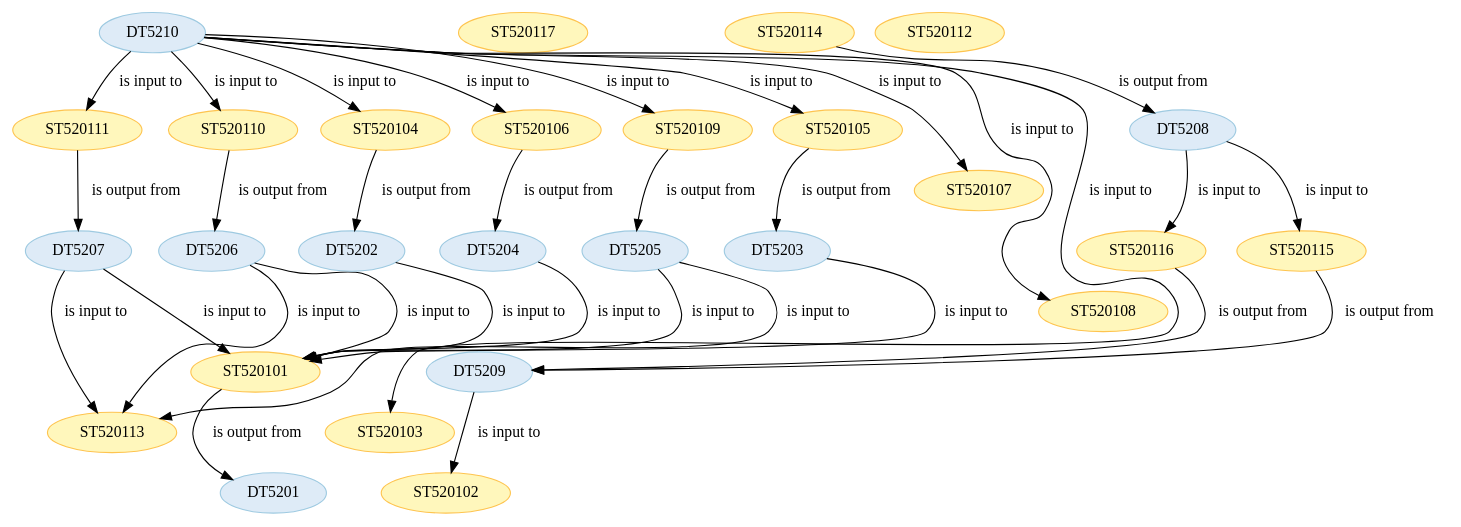
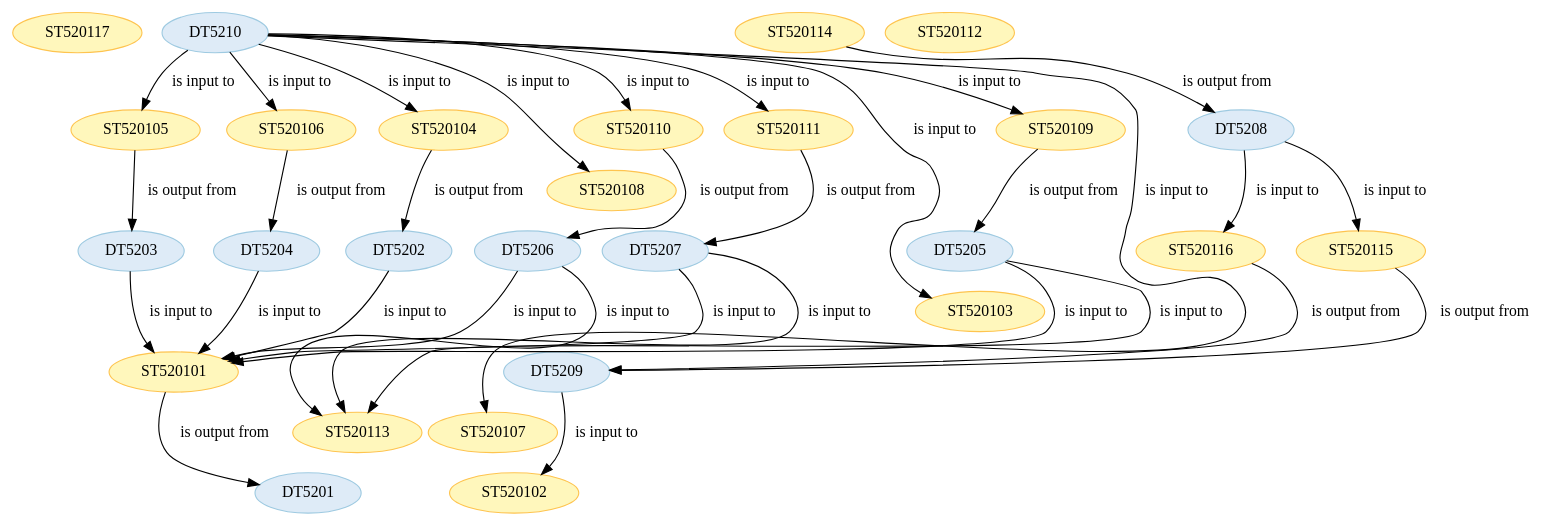
The diagram in wf5201/steps.dot (Marco-Salvi/cwl-test), drawn with Graphviz before and after one commit. The commit also changed other lines of this file and 19 other files, not shown here.

```diff
--- a/wf5201/steps.dot
+++ b/wf5201/steps.dot
@@ -1,120 +1,120 @@
 strict digraph {
 
+
+	"ST520117" [ color="2", colorscheme="ylorbr3", fillcolor="1", style="filled",  weight=0 ];
+
+	"ST520101" [ color="2", colorscheme="ylorbr3", fillcolor="1", style="filled",  weight=0 ];
+
+	"ST520101" -> "DT5201" [ label="is output from", labeltooltip="DT5201 - is output from - ST520101",  weight=0 ];
+
+	"DT5209" [ color="2", colorscheme="blues3", fillcolor="1", style="filled",  weight=0 ];
+
+	"DT5209" -> "ST520102" [ label="is input to", labeltooltip="DT5209 - is input to - ST520102",  weight=0 ];
+
+	"DT5206" [ color="2", colorscheme="blues3", fillcolor="1", style="filled",  weight=0 ];
+
+	"DT5206" -> "ST520113" [ label="is input to", labeltooltip="DT5206 - is input to - ST520113",  weight=0 ];
+
+	"DT5206" -> "ST520101" [ label="is input to", labeltooltip="DT5206 - is input to - ST520101",  weight=0 ];
+
+	"DT5210" [ color="2", colorscheme="blues3", fillcolor="1", style="filled",  weight=0 ];
+
+	"DT5210" -> "ST520104" [ label="is input to", labeltooltip="DT5210 - is input to - ST520104",  weight=0 ];
+
+	"DT5210" -> "ST520105" [ label="is input to", labeltooltip="DT5210 - is input to - ST520105",  weight=0 ];
+
+	"DT5210" -> "ST520111" [ label="is input to", labeltooltip="DT5210 - is input to - ST520111",  weight=0 ];
+
+	"DT5210" -> "ST520108" [ label="is input to", labeltooltip="DT5210 - is input to - ST520108",  weight=0 ];
+
+	"DT5210" -> "ST520109" [ label="is input to", labeltooltip="DT5210 - is input to - ST520109",  weight=0 ];
+
+	"DT5210" -> "ST520103" [ label="is input to", labeltooltip="DT5210 - is input to - ST520103",  weight=0 ];
+
+	"DT5210" -> "ST520106" [ label="is input to", labeltooltip="DT5210 - is input to - ST520106",  weight=0 ];
+
+	"DT5210" -> "ST520107" [ label="is input to", labeltooltip="DT5210 - is input to - ST520107",  weight=0 ];
+
+	"DT5210" -> "ST520110" [ label="is input to", labeltooltip="DT5210 - is input to - ST520110",  weight=0 ];
+
+	"ST520108" [ color="2", colorscheme="ylorbr3", fillcolor="1", style="filled",  weight=0 ];
+
+	"ST520103" [ color="2", colorscheme="ylorbr3", fillcolor="1", style="filled",  weight=0 ];
+
+	"ST520105" [ color="2", colorscheme="ylorbr3", fillcolor="1", style="filled",  weight=0 ];
+
+	"ST520105" -> "DT5203" [ label="is output from", labeltooltip="DT5203 - is output from - ST520105",  weight=0 ];
+
+	"ST520113" [ color="2", colorscheme="ylorbr3", fillcolor="1", style="filled",  weight=0 ];
+
+	"ST520107" [ color="2", colorscheme="ylorbr3", fillcolor="1", style="filled",  weight=0 ];
+
+	"DT5205" [ color="2", colorscheme="blues3", fillcolor="1", style="filled",  weight=0 ];
+
+	"DT5205" -> "ST520101" [ label="is input to", labeltooltip="DT5205 - is input to - ST520101",  weight=0 ];
+
+	"DT5205" -> "ST520113" [ label="is input to", labeltooltip="DT5205 - is input to - ST520113",  weight=0 ];
+
+	"DT5204" [ color="2", colorscheme="blues3", fillcolor="1", style="filled",  weight=0 ];
+
+	"DT5204" -> "ST520101" [ label="is input to", labeltooltip="DT5204 - is input to - ST520101",  weight=0 ];
+
+	"ST520112" [ color="2", colorscheme="ylorbr3", fillcolor="1", style="filled",  weight=0 ];
+
+	"DT5201" [ color="2", colorscheme="blues3", fillcolor="1", style="filled",  weight=0 ];
+
+	"ST520109" [ color="2", colorscheme="ylorbr3", fillcolor="1", style="filled",  weight=0 ];
+
+	"ST520109" -> "DT5205" [ label="is output from", labeltooltip="DT5205 - is output from - ST520109",  weight=0 ];
+
+	"ST520116" [ color="2", colorscheme="ylorbr3", fillcolor="1", style="filled",  weight=0 ];
+
+	"ST520116" -> "DT5209" [ label="is output from", labeltooltip="DT5209 - is output from - ST520116",  weight=0 ];
+
+	"ST520115" [ color="2", colorscheme="ylorbr3", fillcolor="1", style="filled",  weight=0 ];
+
+	"ST520115" -> "DT5209" [ label="is output from", labeltooltip="DT5209 - is output from - ST520115",  weight=0 ];
 
 	"DT5207" [ color="2", colorscheme="blues3", fillcolor="1", style="filled",  weight=0 ];
 
 	"DT5207" -> "ST520101" [ label="is input to", labeltooltip="DT5207 - is input to - ST520101",  weight=0 ];
 
 	"DT5207" -> "ST520113" [ label="is input to", labeltooltip="DT5207 - is input to - ST520113",  weight=0 ];
 
-	"ST520117" [ color="2", colorscheme="ylorbr3", fillcolor="1", style="filled",  weight=0 ];
+	"ST520104" [ color="2", colorscheme="ylorbr3", fillcolor="1", style="filled",  weight=0 ];
 
-	"DT5209" [ color="2", colorscheme="blues3", fillcolor="1", style="filled",  weight=0 ];
-
-	"DT5209" -> "ST520102" [ label="is input to", labeltooltip="DT5209 - is input to - ST520102",  weight=0 ];
-
-	"ST520110" [ color="2", colorscheme="ylorbr3", fillcolor="1", style="filled",  weight=0 ];
-
-	"ST520110" -> "DT5206" [ label="is output from", labeltooltip="DT5206 - is output from - ST520110",  weight=0 ];
-
-	"ST520112" [ color="2", colorscheme="ylorbr3", fillcolor="1", style="filled",  weight=0 ];
-
-	"DT5202" [ color="2", colorscheme="blues3", fillcolor="1", style="filled",  weight=0 ];
-
-	"DT5202" -> "ST520101" [ label="is input to", labeltooltip="DT5202 - is input to - ST520101",  weight=0 ];
-
-	"DT5204" [ color="2", colorscheme="blues3", fillcolor="1", style="filled",  weight=0 ];
-
-	"DT5204" -> "ST520101" [ label="is input to", labeltooltip="DT5204 - is input to - ST520101",  weight=0 ];
-
-	"ST520107" [ color="2", colorscheme="ylorbr3", fillcolor="1", style="filled",  weight=0 ];
-
-	"ST520102" [ color="2", colorscheme="ylorbr3", fillcolor="1", style="filled",  weight=0 ];
+	"ST520104" -> "DT5202" [ label="is output from", labeltooltip="DT5202 - is output from - ST520104",  weight=0 ];
 
 	"ST520114" [ color="2", colorscheme="ylorbr3", fillcolor="1", style="filled",  weight=0 ];
 
 	"ST520114" -> "DT5208" [ label="is output from", labeltooltip="DT5208 - is output from - ST520114",  weight=0 ];
 
-	"DT5205" [ color="2", colorscheme="blues3", fillcolor="1", style="filled",  weight=0 ];
-
-	"DT5205" -> "ST520113" [ label="is input to", labeltooltip="DT5205 - is input to - ST520113",  weight=0 ];
-
-	"DT5205" -> "ST520101" [ label="is input to", labeltooltip="DT5205 - is input to - ST520101",  weight=0 ];
-
-	"DT5203" [ color="2", colorscheme="blues3", fillcolor="1", style="filled",  weight=0 ];
-
-	"DT5203" -> "ST520101" [ label="is input to", labeltooltip="DT5203 - is input to - ST520101",  weight=0 ];
-
-	"ST520101" [ color="2", colorscheme="ylorbr3", fillcolor="1", style="filled",  weight=0 ];
-
-	"ST520101" -> "DT5201" [ label="is output from", labeltooltip="DT5201 - is output from - ST520101",  weight=0 ];
-
-	"ST520113" [ color="2", colorscheme="ylorbr3", fillcolor="1", style="filled",  weight=0 ];
-
-	"DT5210" [ color="2", colorscheme="blues3", fillcolor="1", style="filled",  weight=0 ];
-
-	"DT5210" -> "ST520110" [ label="is input to", labeltooltip="DT5210 - is input to - ST520110",  weight=0 ];
-
-	"DT5210" -> "ST520105" [ label="is input to", labeltooltip="DT5210 - is input to - ST520105",  weight=0 ];
-
-	"DT5210" -> "ST520107" [ label="is input to", labeltooltip="DT5210 - is input to - ST520107",  weight=0 ];
-
-	"DT5210" -> "ST520108" [ label="is input to", labeltooltip="DT5210 - is input to - ST520108",  weight=0 ];
-
-	"DT5210" -> "ST520103" [ label="is input to", labeltooltip="DT5210 - is input to - ST520103",  weight=0 ];
-
-	"DT5210" -> "ST520104" [ label="is input to", labeltooltip="DT5210 - is input to - ST520104",  weight=0 ];
-
-	"DT5210" -> "ST520106" [ label="is input to", labeltooltip="DT5210 - is input to - ST520106",  weight=0 ];
-
-	"DT5210" -> "ST520109" [ label="is input to", labeltooltip="DT5210 - is input to - ST520109",  weight=0 ];
-
-	"DT5210" -> "ST520111" [ label="is input to", labeltooltip="DT5210 - is input to - ST520111",  weight=0 ];
-
-	"ST520105" [ color="2", colorscheme="ylorbr3", fillcolor="1", style="filled",  weight=0 ];
-
-	"ST520105" -> "DT5203" [ label="is output from", labeltooltip="DT5203 - is output from - ST520105",  weight=0 ];
-
-	"ST520116" [ color="2", colorscheme="ylorbr3", fillcolor="1", style="filled",  weight=0 ];
-
-	"ST520116" -> "DT5209" [ label="is output from", labeltooltip="DT5209 - is output from - ST520116",  weight=0 ];
+	"ST520102" [ color="2", colorscheme="ylorbr3", fillcolor="1", style="filled",  weight=0 ];
 
 	"DT5208" [ color="2", colorscheme="blues3", fillcolor="1", style="filled",  weight=0 ];
 
 	"DT5208" -> "ST520115" [ label="is input to", labeltooltip="DT5208 - is input to - ST520115",  weight=0 ];
 
 	"DT5208" -> "ST520116" [ label="is input to", labeltooltip="DT5208 - is input to - ST520116",  weight=0 ];
 
-	"ST520103" [ color="2", colorscheme="ylorbr3", fillcolor="1", style="filled",  weight=0 ];
+	"DT5203" [ color="2", colorscheme="blues3", fillcolor="1", style="filled",  weight=0 ];
+
+	"DT5203" -> "ST520101" [ label="is input to", labeltooltip="DT5203 - is input to - ST520101",  weight=0 ];
+
+	"ST520110" [ color="2", colorscheme="ylorbr3", fillcolor="1", style="filled",  weight=0 ];
+
+	"ST520110" -> "DT5206" [ label="is output from", labeltooltip="DT5206 - is output from - ST520110",  weight=0 ];
+
+	"ST520106" [ color="2", colorscheme="ylorbr3", fillcolor="1", style="filled",  weight=0 ];
+
+	"ST520106" -> "DT5204" [ label="is output from", labeltooltip="DT5204 - is output from - ST520106",  weight=0 ];
+
+	"DT5202" [ color="2", colorscheme="blues3", fillcolor="1", style="filled",  weight=0 ];
+
+	"DT5202" -> "ST520101" [ label="is input to", labeltooltip="DT5202 - is input to - ST520101",  weight=0 ];
 
 	"ST520111" [ color="2", colorscheme="ylorbr3", fillcolor="1", style="filled",  weight=0 ];
 
 	"ST520111" -> "DT5207" [ label="is output from", labeltooltip="DT5207 - is output from - ST520111",  weight=0 ];
 
-	"DT5201" [ color="2", colorscheme="blues3", fillcolor="1", style="filled",  weight=0 ];
-
-	"ST520108" [ color="2", colorscheme="ylorbr3", fillcolor="1", style="filled",  weight=0 ];
-
-	"ST520104" [ color="2", colorscheme="ylorbr3", fillcolor="1", style="filled",  weight=0 ];
-
-	"ST520104" -> "DT5202" [ label="is output from", labeltooltip="DT5202 - is output from - ST520104",  weight=0 ];
-
-	"ST520109" [ color="2", colorscheme="ylorbr3", fillcolor="1", style="filled",  weight=0 ];
-
-	"ST520109" -> "DT5205" [ label="is output from", labeltooltip="DT5205 - is output from - ST520109",  weight=0 ];
-
-	"ST520115" [ color="2", colorscheme="ylorbr3", fillcolor="1", style="filled",  weight=0 ];
-
-	"ST520115" -> "DT5209" [ label="is output from", labeltooltip="DT5209 - is output from - ST520115",  weight=0 ];
-
-	"DT5206" [ color="2", colorscheme="blues3", fillcolor="1", style="filled",  weight=0 ];
-
-	"DT5206" -> "ST520101" [ label="is input to", labeltooltip="DT5206 - is input to - ST520101",  weight=0 ];
-
-	"DT5206" -> "ST520113" [ label="is input to", labeltooltip="DT5206 - is input to - ST520113",  weight=0 ];
-
-	"ST520106" [ color="2", colorscheme="ylorbr3", fillcolor="1", style="filled",  weight=0 ];
-
-	"ST520106" -> "DT5204" [ label="is output from", labeltooltip="DT5204 - is output from - ST520106",  weight=0 ];
-
 }
```
